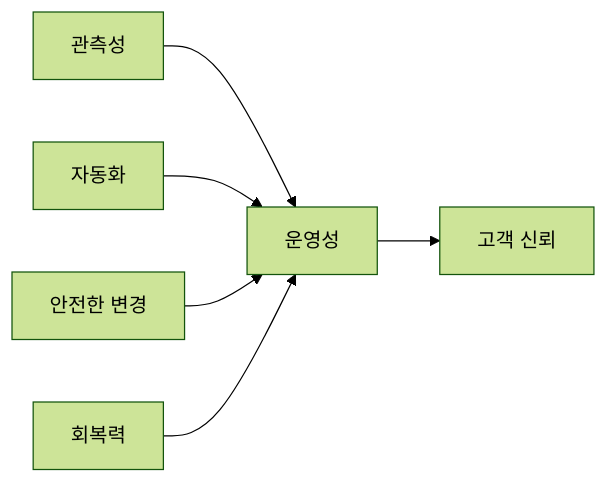
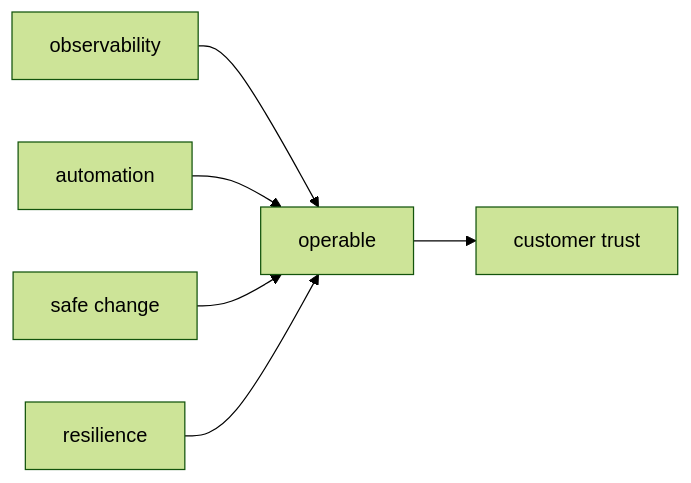
The diagram in content/sre-101/ko/10-building-operable-systems.md (yeongseon-books/book-content), drawn with Mermaid (forest theme) before and after one commit. The commit also changed other lines of this file and 9 other files, not shown here.

````diff
--- a/content/sre-101/ko/10-building-operable-systems.md
+++ b/content/sre-101/ko/10-building-operable-systems.md
@@ -47,8 +53,8 @@
 ```mermaid
 flowchart LR
-    Obs["관측성"] --> Op["운영성"]
-    Auto["자동화"] --> Op
-    Safe["안전한 변경"] --> Op
-    Resil["회복력"] --> Op
-    Op --> Trust["고객 신뢰"]
+    Obs["observability"] --> Op["operable"]
+    Auto["automation"] --> Op
+    Safe["safe change"] --> Op
+    Resil["resilience"] --> Op
+    Op --> Trust["customer trust"]
 ```
````
